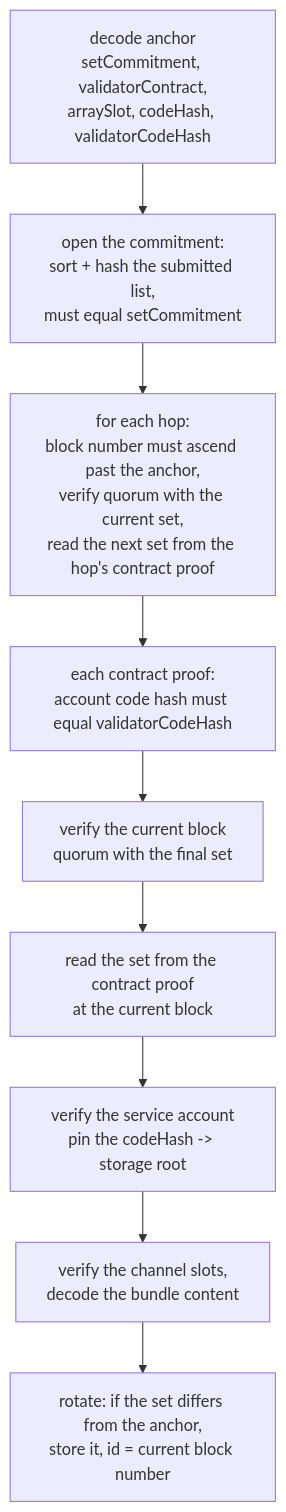
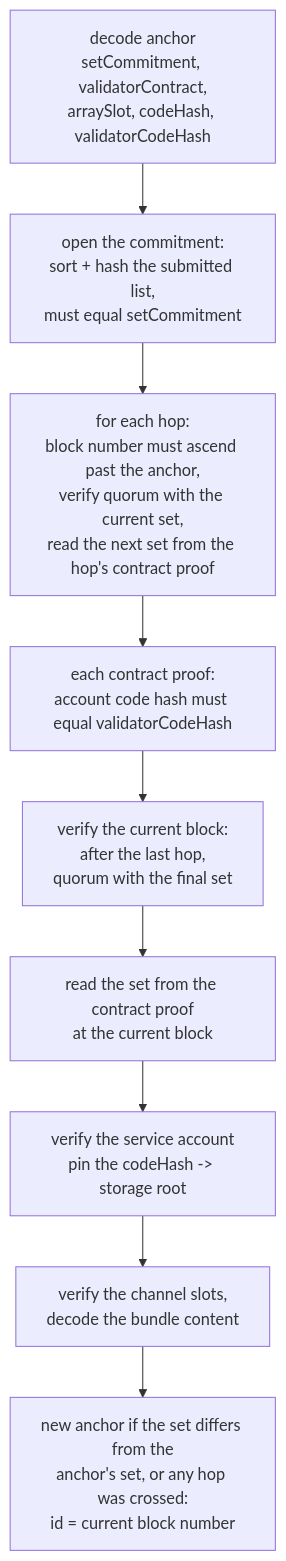
One commit to LFDT-CLPR/clpr-smart-contracts changed the seventh of 7 diagrams in src/verifiers/evm/qbft/qbft-contract-mode.md. Above: the diagram before and after it, drawn with Mermaid. The commit also changed other lines of this file and 17 other files, not shown here.

````diff
--- a/src/verifiers/evm/qbft/qbft-contract-mode.md
+++ b/src/verifiers/evm/qbft/qbft-contract-mode.md
@@ -253,11 +268,11 @@
 ```mermaid
 flowchart TB
   A["decode anchor<br/>setCommitment, validatorContract,<br/>arraySlot, codeHash, validatorCodeHash"] --> A2["open the commitment:<br/>sort + hash the submitted list,<br/>must equal setCommitment"]
   A2 --> B["for each hop:<br/>block number must ascend past the anchor,<br/>verify quorum with the current set,<br/>read the next set from the hop's contract proof"]
   B --> B2["each contract proof:<br/>account code hash must equal validatorCodeHash"]
-  B2 --> C["verify the current block<br/>quorum with the final set"]
+  B2 --> C["verify the current block:<br/>after the last hop,<br/>quorum with the final set"]
   C --> D["read the set from the contract proof<br/>at the current block"]
   D --> E["verify the service account<br/>pin the codeHash -> storage root"]
   E --> F["verify the channel slots,<br/>decode the bundle content"]
-  F --> G["rotate: if the set differs from the anchor,<br/>store it, id = current block number"]
+  F --> G["new anchor if the set differs from the<br/>anchor's set, or any hop was crossed:<br/>id = current block number"]
 ```
````
